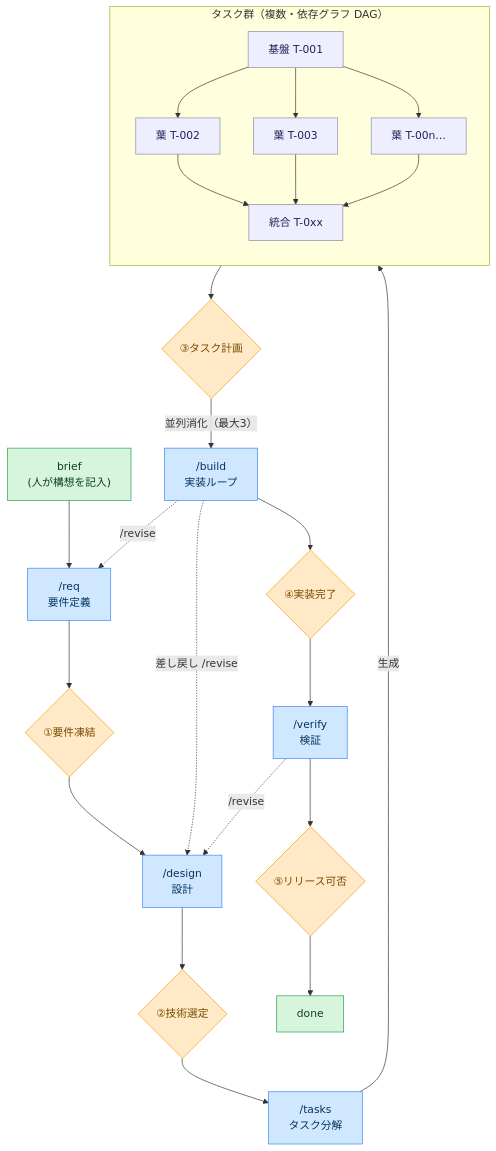
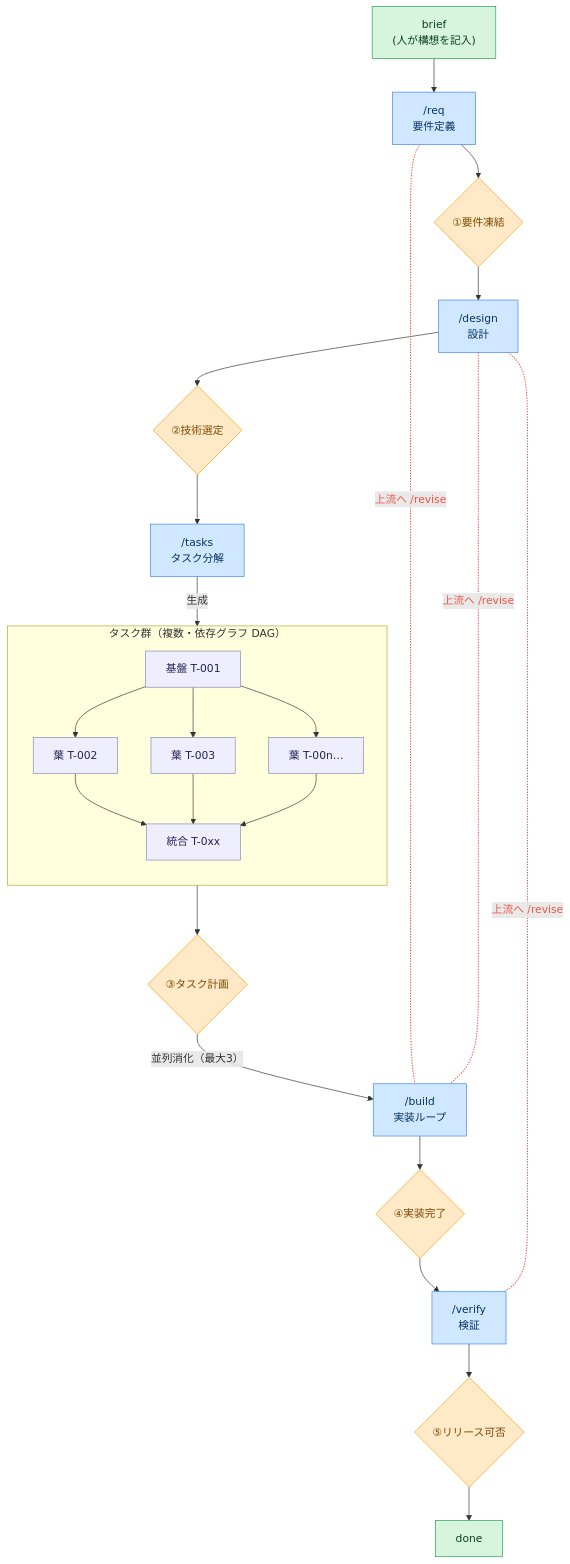
One commit to komoroko/AgentLoopTemplate changed the diagram in README.md. Above: the diagram before and after it, drawn with Mermaid. The commit also changed other lines of this file, not shown here.

Commit message:
docs(readme): コンセプト図を上から順（brief→done）に描画されるよう修正
subgraph をクラスタIDでなく実ノード（T1/TI）経由で結線し、/revise の上向き
back-edge がレイアウトを折り畳む問題を解消。revise は無向の赤い点線（上流へ）
として保持。mermaid-cli で上から順の描画を確認済み。

Claude-Session: https://claude.ai/code/session_01HbWsSDgCUTWUU78tZVjZG4

````diff
--- a/README.md
+++ b/README.md
@@ -9,44 +9,46 @@
 ```mermaid
 flowchart TD
     brief["brief<br/>(人が構想を記入)"]:::human
     req["/req<br/>要件定義"]:::agent
     g1{"①要件凍結"}:::gate
     design["/design<br/>設計"]:::agent
     g2{"②技術選定"}:::gate
     tasks["/tasks<br/>タスク分解"]:::agent
     g3{"③タスク計画"}:::gate
     build["/build<br/>実装ループ"]:::agent
     g4{"④実装完了"}:::gate
     verify["/verify<br/>検証"]:::agent
     g5{"⑤リリース可否"}:::gate
     done["done"]:::human
 
     subgraph TASKS["タスク群（複数・依存グラフ DAG）"]
         direction TD
         T1["基盤 T-001"]:::task
         T2["葉 T-002"]:::task
         T3["葉 T-003"]:::task
         Tn["葉 T-00n…"]:::task
         TI["統合 T-0xx"]:::task
         T1 --> T2
         T1 --> T3
         T1 --> Tn
         T2 --> TI
         T3 --> TI
         Tn --> TI
     end
 
     brief --> req --> g1 --> design --> g2 --> tasks
-    tasks -->|生成| TASKS --> g3
+    tasks -->|生成| T1
+    TI --> g3
     g3 -->|並列消化（最大3）| build
     build --> g4 --> verify --> g5 --> done
 
-    build -. "差し戻し /revise" .-> design
-    build -. "/revise" .-> req
-    verify -. "/revise" .-> design
+    req -. 上流へ /revise .- build
+    design -. 上流へ /revise .- build
+    design -. 上流へ /revise .- verify
 
     classDef agent fill:#cfe8ff,stroke:#3b82f6,color:#06325e;
     classDef gate fill:#ffe9c7,stroke:#f59e0b,color:#7a4a00;
     classDef human fill:#d7f5dd,stroke:#22a04b,color:#0b3d1d;
     classDef task fill:#eeeeff,stroke:#8888aa,color:#222255;
+    linkStyle 18,19,20 stroke:#ee5544,color:#ee5544,stroke-width:1.5px;
 ```
````
